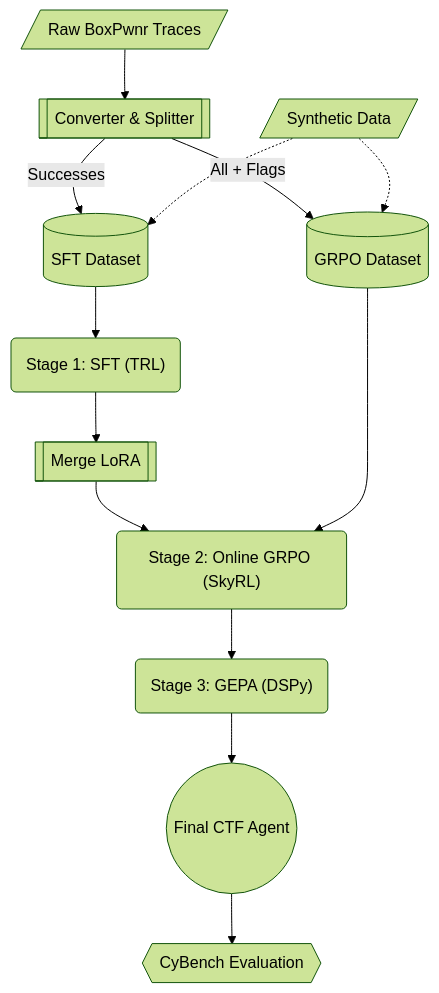
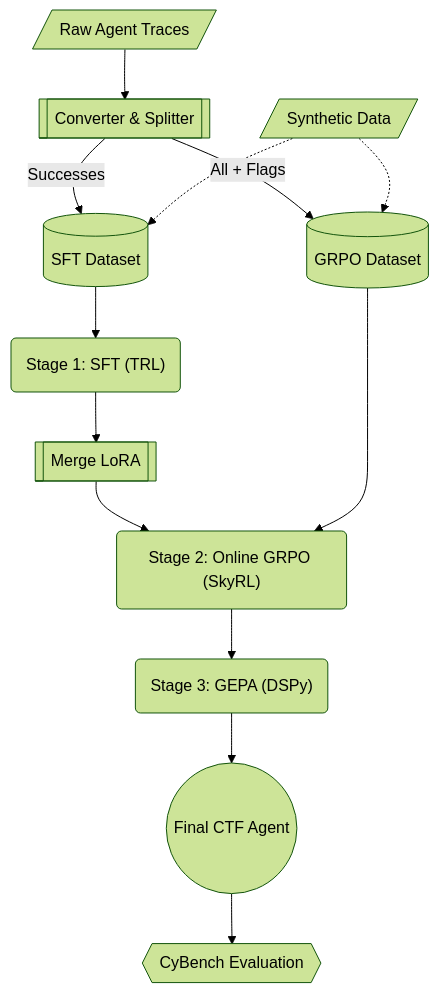
One commit to westonbrown/open-ctf-env changed the first of 5 diagrams in docs/architecture.md. Above: the diagram before and after it, drawn with Mermaid (forest theme). The commit also changed other lines of this file and 26 other files, not shown here.

````diff
--- a/docs/architecture.md
+++ b/docs/architecture.md
@@ -7,35 +7,35 @@
 ```mermaid
 flowchart TD
     %% Node Definitions
-    Traces[/"Raw BoxPwnr Traces"/]
+    Traces[/"Raw Agent Traces"/]
     Synth[/"Synthetic Data"/]
     Convert[["Converter & Splitter"]]
     
     SFTData[("SFT Dataset")]
     GRPOData[("GRPO Dataset")]
     
     SFT("Stage 1: SFT (TRL)")
     Merge[["Merge LoRA"]]
     GRPO("Stage 2: Online GRPO (SkyRL)")
     GEPA("Stage 3: GEPA (DSPy)")
     
     Model(("Final CTF Agent"))
     Eval{{"CyBench Evaluation"}}
 
     %% Data Flow
     Traces --> Convert
     Convert -->|"Successes"| SFTData
     Convert -->|"All + Flags"| GRPOData
     Synth -.-> SFTData & GRPOData
 
     %% Training Flow
     SFTData --> SFT
     SFT --> Merge
     Merge --> GRPO
     GRPOData --> GRPO
     GRPO --> GEPA
     
     %% Output
     GEPA --> Model
     Model --> Eval
 ```
````
